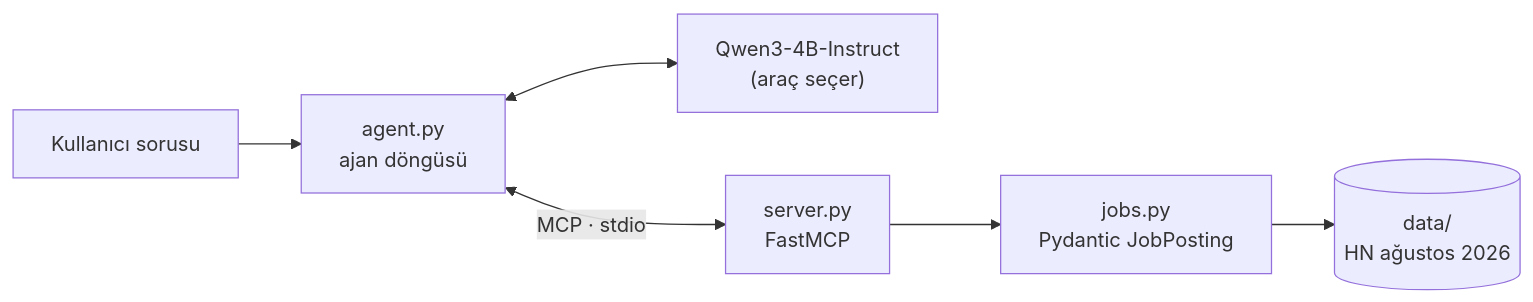
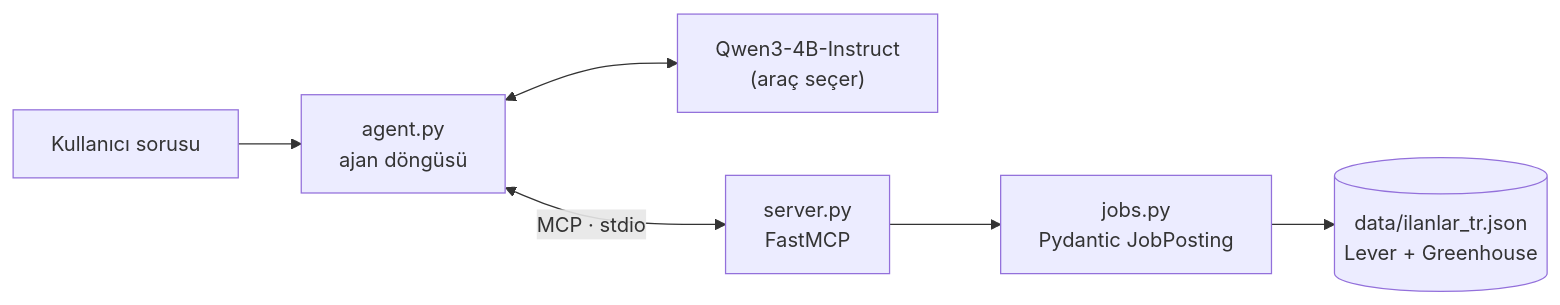
The diagram in README.md (alimdemir/job-opportunity-mcp-agent), drawn with Mermaid before and after one commit. The commit also changed other lines of this file and 17 other files, not shown here.

First line of the commit message:
İlan kaynağı: Türk şirketlerinin kariyer sayfaları (Lever, Greenhouse)

````diff
--- a/README.md
+++ b/README.md
@@ -12,8 +12,8 @@
 ```mermaid
 flowchart LR
     U["Kullanıcı sorusu"] --> A["agent.py<br/>ajan döngüsü"]
     A <--> L["Qwen3-4B-Instruct<br/>(araç seçer)"]
     A <-- "MCP · stdio" --> S["server.py<br/>FastMCP"]
     S --> J["jobs.py<br/>Pydantic JobPosting"]
-    J --> D[("data/<br/>HN ağustos 2026")]
+    J --> D[("data/ilanlar_tr.json<br/>Lever + Greenhouse")]
 ```
````
